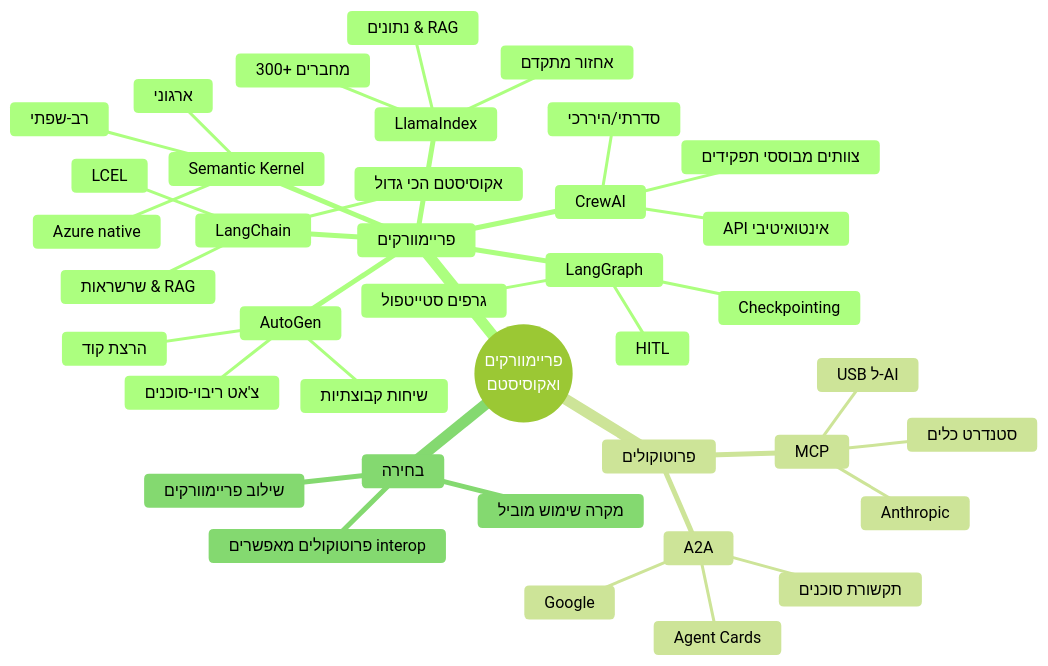
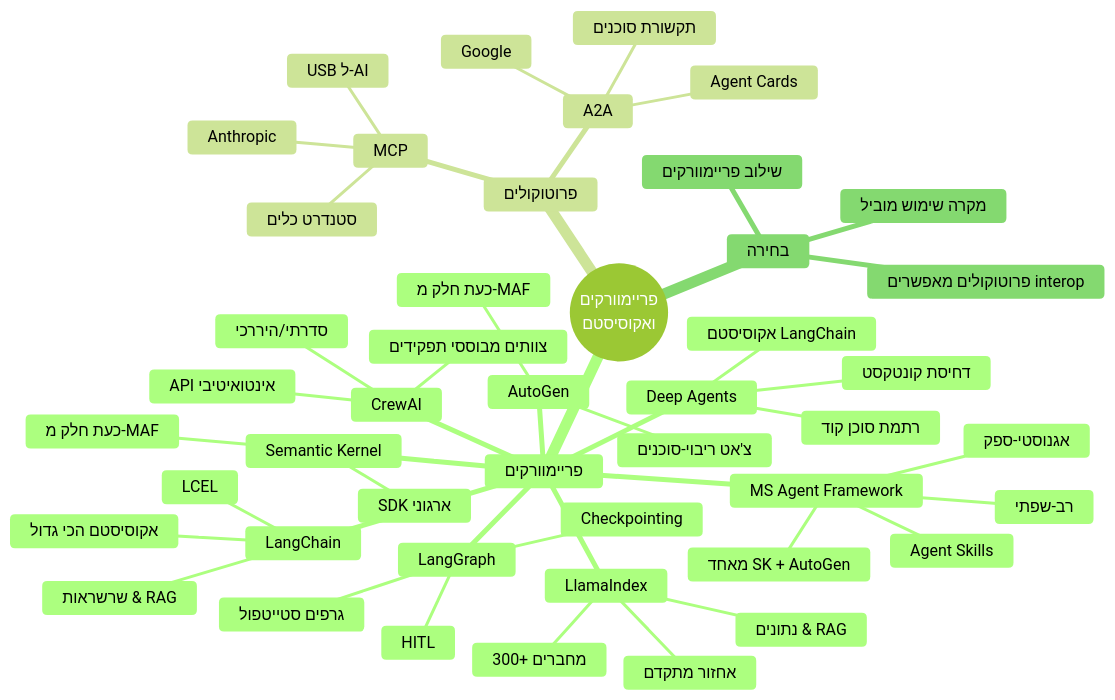
Diagram 19 of 19 in education/heb/16-agent-frameworks.md (roie9876/AI-Agent-Platform), drawn with Mermaid (forest theme) before and after one commit. The commit also changed other lines of this file and 1 other file, not shown here.

First line of the commit message:
feat: add Microsoft Agent Framework and Deep Agents to chapter 16

````diff
--- a/education/heb/16-agent-frameworks.md
+++ b/education/heb/16-agent-frameworks.md
@@ -726,42 +845,49 @@
 ```mermaid
 mindmap
   root((פריימוורקים<br/>ואקוסיסטם))
     פריימוורקים
       LangChain
         שרשראות & RAG
         אקוסיסטם הכי גדול
         LCEL
       LangGraph
         גרפים סטייטפול
         Checkpointing
         HITL
+      MS Agent Framework
+        מאחד SK + AutoGen
+        רב-שפתי
+        אגנוסטי-ספק
+        Agent Skills
       Semantic Kernel
-        ארגוני
-        רב-שפתי
-        Azure native
+        SDK ארגוני
+        כעת חלק מ-MAF
       AutoGen
         צ'אט ריבוי-סוכנים
-        הרצת קוד
-        שיחות קבוצתיות
+        כעת חלק מ-MAF
+      Deep Agents
+        רתמת סוכן קוד
+        דחיסת קונטקסט
+        אקוסיסטם LangChain
       CrewAI
         צוותים מבוססי תפקידים
         API אינטואיטיבי
         סדרתי/היררכי
       LlamaIndex
         נתונים & RAG
         300+ מחברים
         אחזור מתקדם
     פרוטוקולים
       MCP
         סטנדרט כלים
         Anthropic
         USB ל-AI
       A2A
         תקשורת סוכנים
         Google
         Agent Cards
     בחירה
       מקרה שימוש מוביל
       שילוב פריימוורקים
       פרוטוקולים מאפשרים interop
 ```
````
